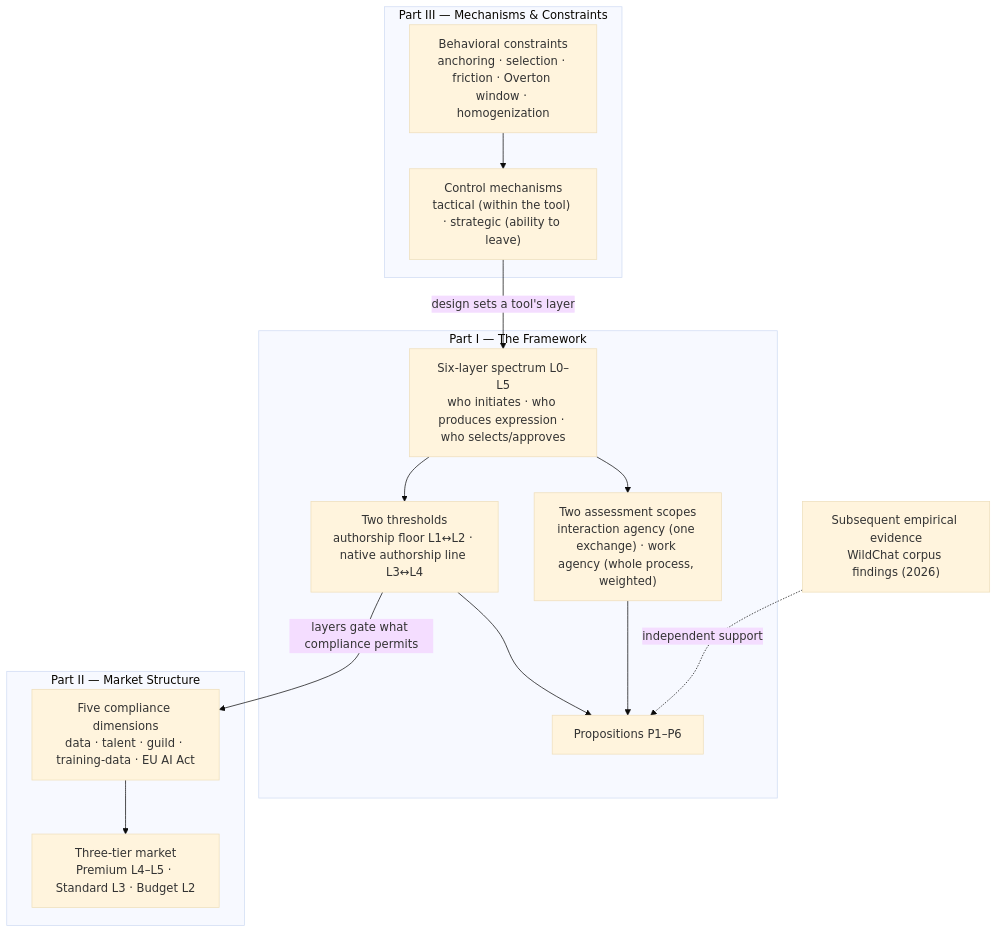
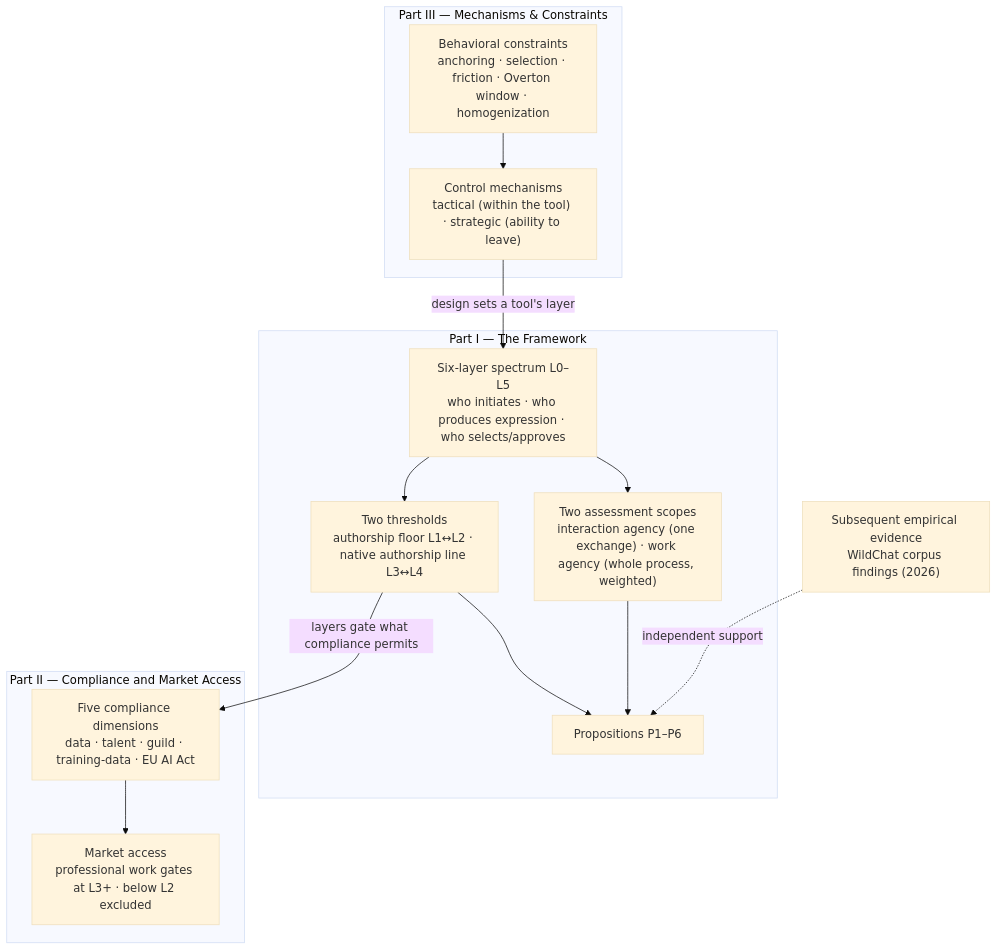
Before and after one commit to Mediaeater/On-the-Calculation-of-The-Human-AI-Agency-Spectrum: the diagram in Distributed_Agency_in_Human-AI_Systems.md, drawn with Mermaid (base theme). The commit also changed other lines of this file and 3 other files, not shown here.

First line of the commit message:
paper: remove The Three-Tier Market section across all documents

````diff
--- a/Distributed_Agency_in_Human-AI_Systems.md
+++ b/Distributed_Agency_in_Human-AI_Systems.md
@@ -73,26 +72,26 @@
 ```mermaid
 flowchart TD
     subgraph PIII["Part III — Mechanisms & Constraints"]
         B["Behavioral constraints<br/>anchoring · selection · friction · Overton window · homogenization"]
         G["Control mechanisms<br/>tactical (within the tool) · strategic (ability to leave)"]
         B --> G
     end
     subgraph PI["Part I — The Framework"]
         L["Six-layer spectrum L0–L5<br/>who initiates · who produces expression · who selects/approves"]
         T["Two thresholds<br/>authorship floor L1↔L2 · native authorship line L3↔L4"]
         W["Two assessment scopes<br/>interaction agency (one exchange) · work agency (whole process, weighted)"]
         P["Propositions P1–P6"]
         L --> T
         L --> W
         T --> P
         W --> P
     end
-    subgraph PII["Part II — Market Structure"]
+    subgraph PII["Part II — Compliance and Market Access"]
         C["Five compliance dimensions<br/>data · talent · guild · training-data · EU AI Act"]
-        M["Three-tier market<br/>Premium L4–L5 · Standard L3 · Budget L2"]
+        M["Market access<br/>professional work gates at L3+ · below L2 excluded"]
         C --> M
     end
     G -->|"design sets a tool's layer"| L
     T -->|"layers gate what compliance permits"| C
     E["Subsequent empirical evidence<br/>WildChat corpus findings (2026)"] -.->|"independent support"| P
 ```
````
